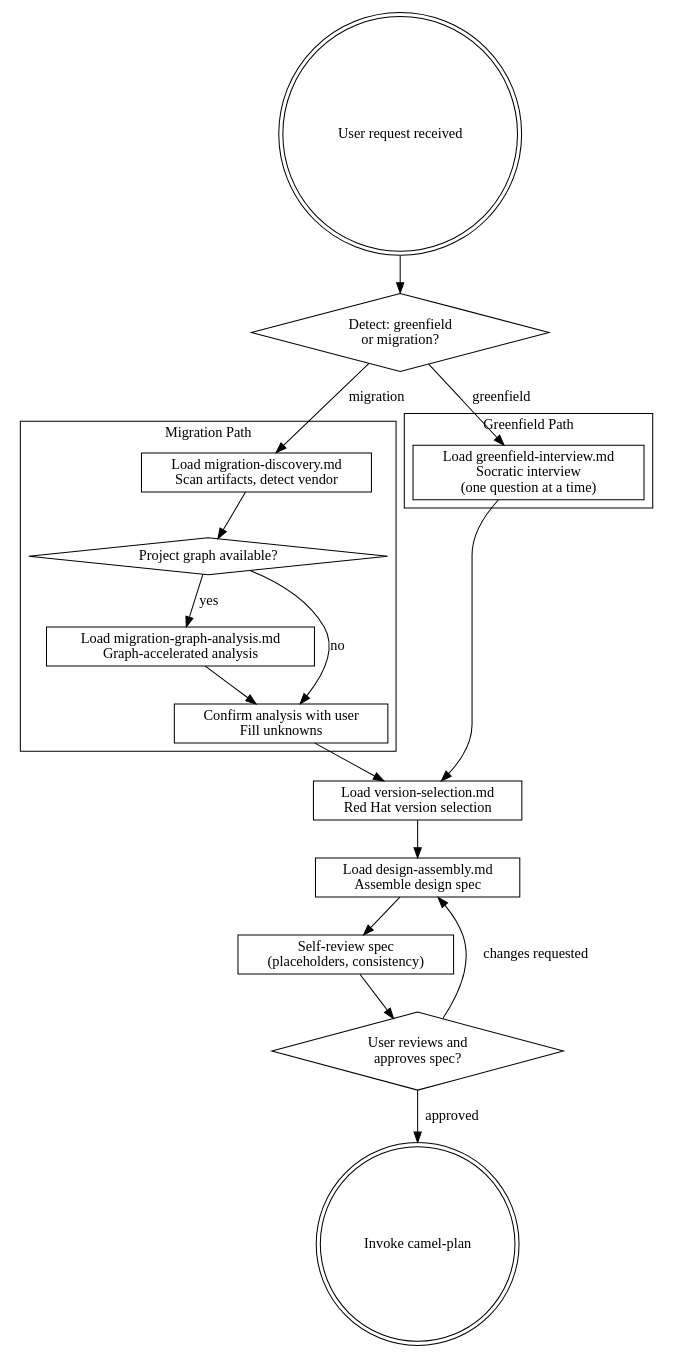
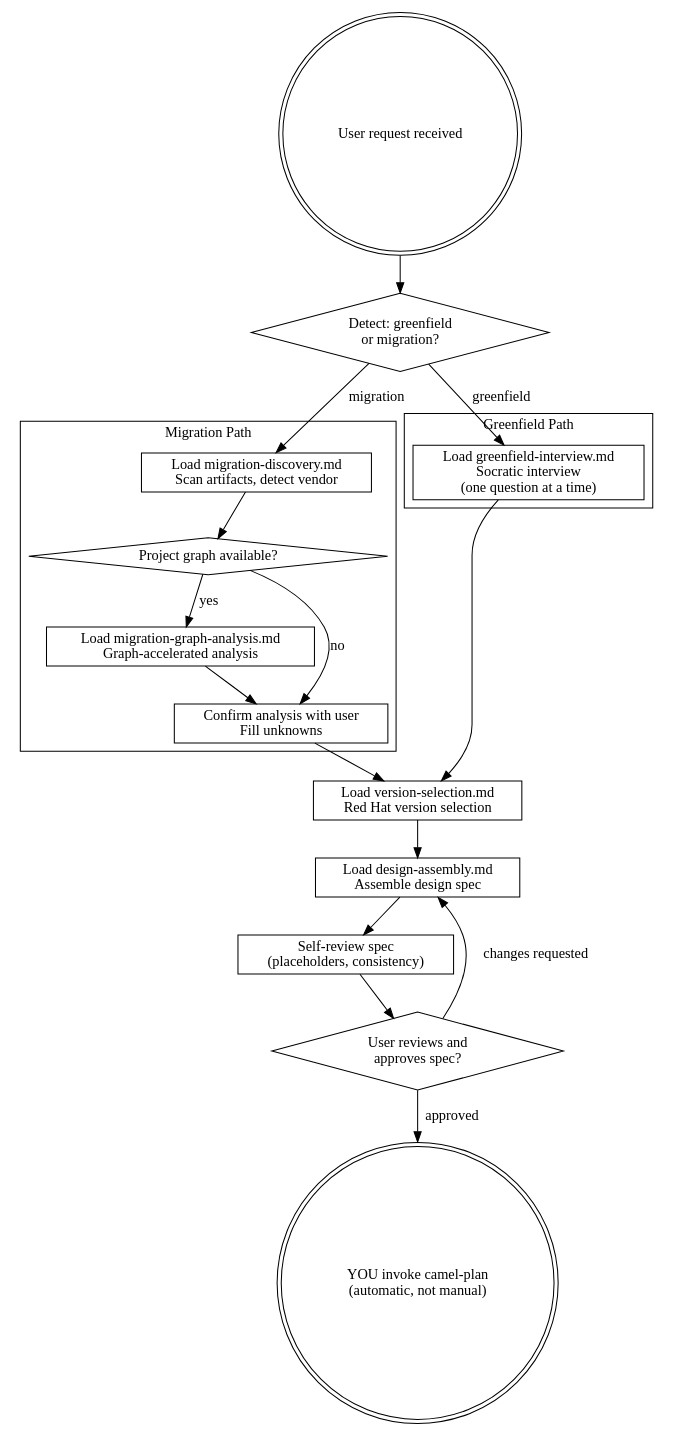
The diagram in camel-kit-core/src/main/resources/skills/camel-brainstorm/SKILL.md (luigidemasi/camel-kit), drawn with Graphviz before and after one commit. The commit also changed other lines of this file and 14 other files, not shown here.

````diff
--- a/camel-kit-core/src/main/resources/skills/camel-brainstorm/SKILL.md
+++ b/camel-kit-core/src/main/resources/skills/camel-brainstorm/SKILL.md
@@ -29,45 +29,45 @@
 ```dot
 digraph brainstorm {
     rankdir=TB;
     
     start [label="User request received", shape=doublecircle];
     detect [label="Detect: greenfield\nor migration?", shape=diamond];
     
     subgraph cluster_greenfield {
         label="Greenfield Path";
         gf_interview [label="Load greenfield-interview.md\nSocratic interview\n(one question at a time)", shape=box];
     }
     
     subgraph cluster_migration {
         label="Migration Path";
         mg_discovery [label="Load migration-discovery.md\nScan artifacts, detect vendor", shape=box];
         mg_graph [label="Project graph available?", shape=diamond];
         mg_graph_analysis [label="Load migration-graph-analysis.md\nGraph-accelerated analysis", shape=box];
         mg_confirm [label="Confirm analysis with user\nFill unknowns", shape=box];
     }
     
     version [label="Load version-selection.md\nRed Hat version selection", shape=box];
     design [label="Load design-assembly.md\nAssemble design spec", shape=box];
     review [label="Self-review spec\n(placeholders, consistency)", shape=box];
     user_approve [label="User reviews and\napproves spec?", shape=diamond];
-    plan [label="Invoke camel-plan", shape=doublecircle];
+    plan [label="YOU invoke camel-plan\n(automatic, not manual)", shape=doublecircle];
     
     start -> detect;
     detect -> gf_interview [label="greenfield"];
     detect -> mg_discovery [label="migration"];
     
     gf_interview -> version;
     
     mg_discovery -> mg_graph;
     mg_graph -> mg_graph_analysis [label="yes"];
     mg_graph -> mg_confirm [label="no"];
     mg_graph_analysis -> mg_confirm;
     mg_confirm -> version;
     
     version -> design;
     design -> review;
     review -> user_approve;
     user_approve -> design [label="changes requested"];
     user_approve -> plan [label="approved"];
 }
 ```
````
